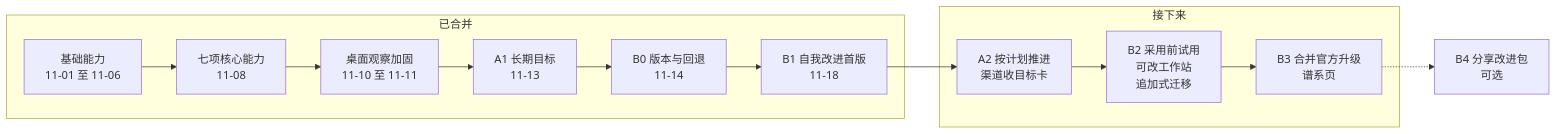
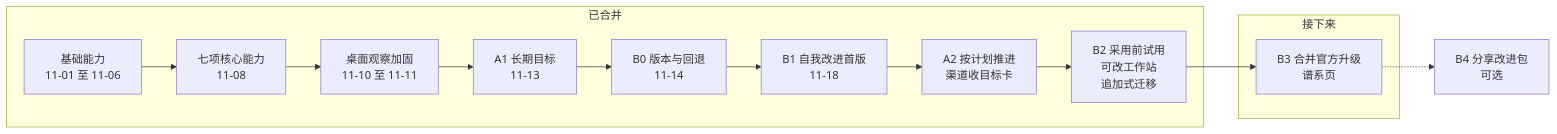
One commit to wudilyy999/owndesk changed the diagram in docs/ROADMAP.md. Above: the diagram before and after it, drawn with Mermaid. The commit also changed other lines of this file and 16 other files, not shown here.

````diff
--- a/docs/ROADMAP.md
+++ b/docs/ROADMAP.md
@@ -7,17 +7,17 @@
 ```mermaid
 flowchart LR
     subgraph done[已合并]
         F[基础能力<br/>11-01 至 11-06] --> S7[七项核心能力<br/>11-08]
         S7 --> CUA[桌面观察加固<br/>11-10 至 11-11]
         CUA --> A1[A1 长期目标<br/>11-13]
         A1 --> B0[B0 版本与回退<br/>11-14]
         B0 --> B1[B1 自我改进首版<br/>11-18]
+        B1 --> A2[A2 按计划推进<br/>渠道收目标卡]
+        A2 --> B2[B2 采用前试用<br/>可改工作站<br/>追加式迁移]
     end
     subgraph next[接下来]
-        A2[A2 按计划推进<br/>渠道收目标卡]
-        B2[B2 采用前试用<br/>可改工作站<br/>追加式迁移]
         B3[B3 合并官方升级<br/>谱系页]
     end
-    B1 --> A2 --> B2 --> B3
+    B2 --> B3
     B3 -.-> B4[B4 分享改进包<br/>可选]
 ```
````
